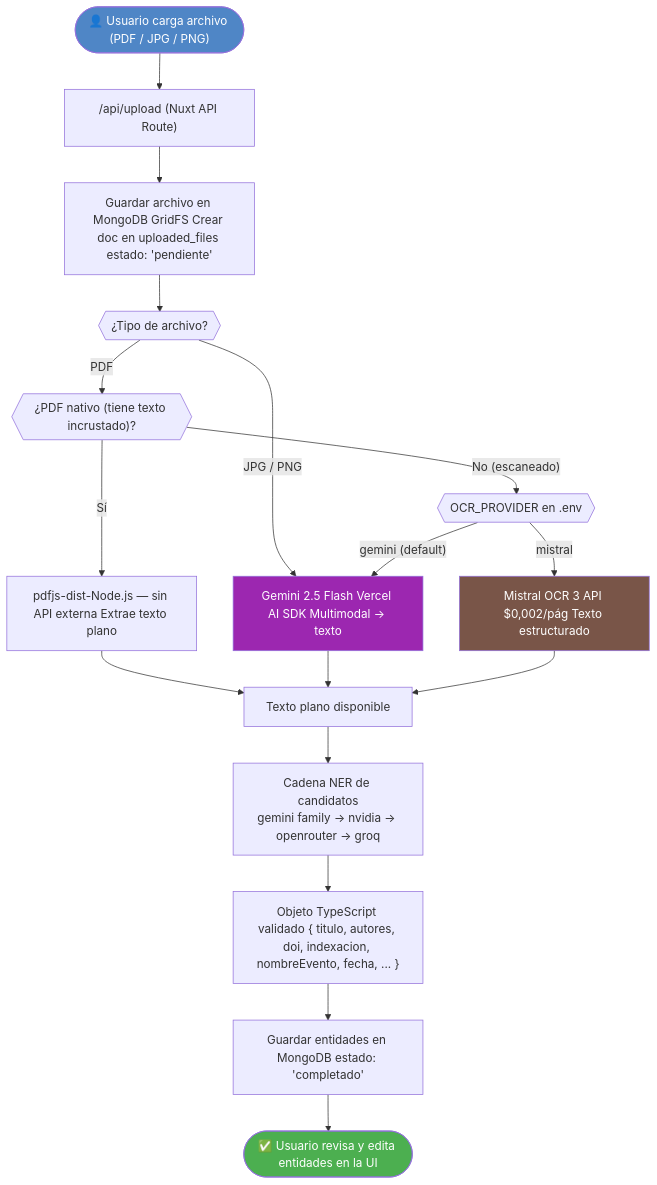
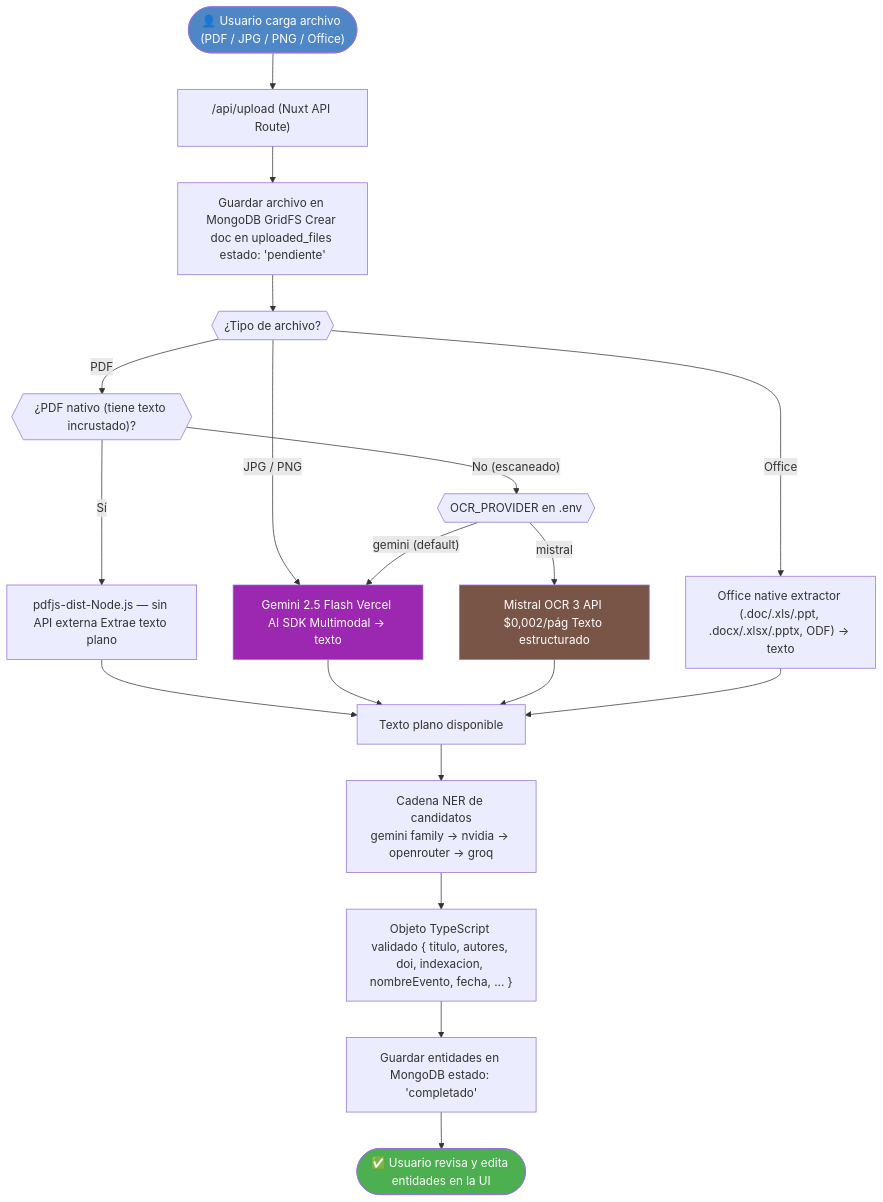
The second of 2 diagrams in docs/analisis-diseno/documentacion/03-arquitectura-tecnica.md (KarloZ7715/SIPAc), drawn with Mermaid before and after one commit. The commit also changed 4 other files, not shown here.

Commit message:
docs(upload): actualizar formatos permitidos en carga documental

````diff
--- a/docs/analisis-diseno/documentacion/03-arquitectura-tecnica.md
+++ b/docs/analisis-diseno/documentacion/03-arquitectura-tecnica.md
@@ -305,29 +305,31 @@
 ```mermaid
 flowchart TD
-    A(["👤 Usuario carga archivo (PDF / JPG / PNG)"]) --> B["/api/upload (Nuxt API Route)"]
+    A(["👤 Usuario carga archivo (PDF / JPG / PNG / Office)"]) --> B["/api/upload (Nuxt API Route)"]
     B --> C["Guardar archivo en MongoDB GridFS Crear doc en uploaded_files estado: 'pendiente'"]
     C --> D{{"¿Tipo de archivo?"}}
 
     D -- "PDF" --> E{{"¿PDF nativo (tiene texto incrustado)?"}}
     D -- "JPG / PNG" --> H
+    D -- "Office" --> O
 
     E -- "Sí" --> F["pdfjs-dist-Node.js — sin API externa Extrae texto plano"]
     E -- "No (escaneado)" --> G{{"OCR_PROVIDER en .env"}}
 
     G -- "gemini (default)" --> H["Gemini 2.5 Flash Vercel AI SDK Multimodal → texto"]
     G -- "mistral" --> I["Mistral OCR 3 API $0,002/pág Texto estructurado"]
 
     F --> J["Texto plano disponible"]
     H --> J
     I --> J
+    O["Office native extractor (.doc/.xls/.ppt, .docx/.xlsx/.pptx, ODF) → texto"] --> J
 
     J --> K["Cadena NER de candidatos\ngemini family -> nvidia -> openrouter -> groq"]
     K --> L["Objeto TypeScript validado { titulo, autores, doi, indexacion, nombreEvento, fecha, ... }"]
     L --> M["Guardar entidades en MongoDB estado: 'completado'"]
     M --> N(["✅ Usuario revisa y edita entidades en la UI"])
 
     style A fill:#4f86c6,color:#fff
     style N fill:#4caf50,color:#fff
     style H fill:#9c27b0,color:#fff
     style I fill:#795548,color:#fff
 ```
````
